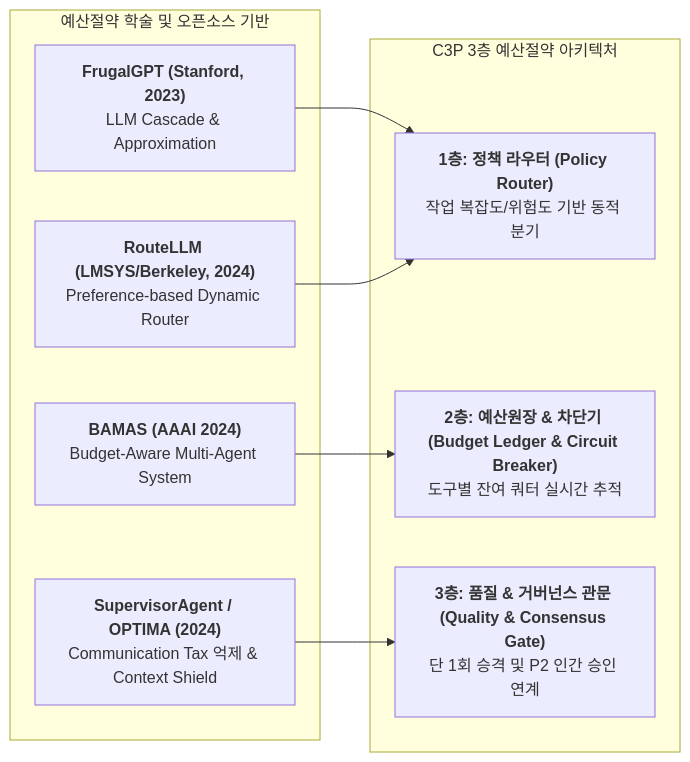
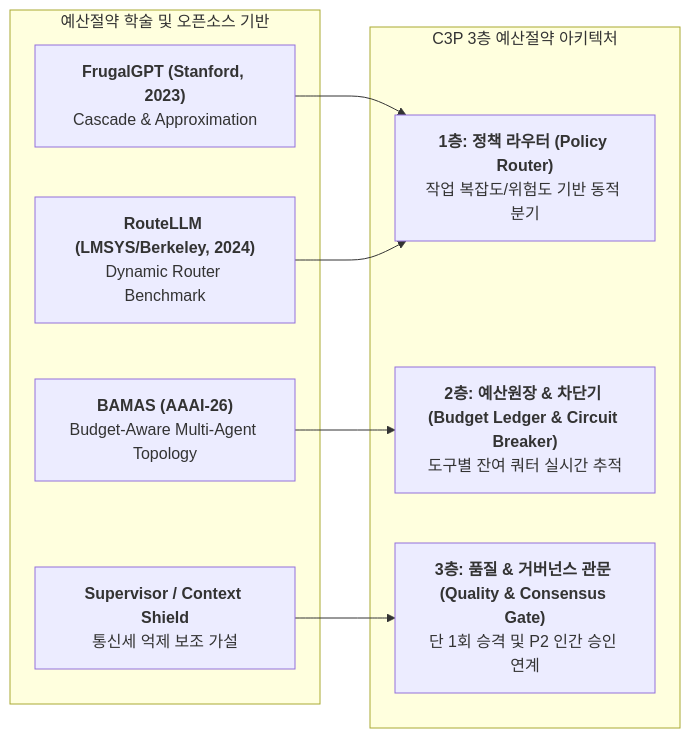
One commit to gyeomsVibe/260823_codex-3p-orchestrator changed the first of 2 diagrams in docs/56_C3P_예산절약_모드_및_Claude_Code_생명유지_통합명세서(c3p_budget_saving_spec).md. Above: the diagram before and after it, drawn with Mermaid. The commit also changed other lines of this file and 10 other files, not shown here.

````diff
--- a/docs/56_C3P_예산절약_모드_및_Claude_Code_생명유지_통합명세서(c3p_budget_saving_spec).md
+++ b/docs/56_C3P_예산절약_모드_및_Claude_Code_생명유지_통합명세서(c3p_budget_saving_spec).md
@@ -25,20 +25,20 @@
 ```mermaid
 graph LR
     subgraph Research Foundations [예산절약 학술 및 오픈소스 기반]
-        Frugal["<b>FrugalGPT (Stanford, 2023)</b><br>LLM Cascade & Approximation"]
-        Route["<b>RouteLLM (LMSYS/Berkeley, 2024)</b><br>Preference-based Dynamic Router"]
-        BAMAS["<b>BAMAS (AAAI 2024)</b><br>Budget-Aware Multi-Agent System"]
-        Supervisor["<b>SupervisorAgent / OPTIMA (2024)</b><br>Communication Tax 억제 & Context Shield"]
+        Frugal["<b>FrugalGPT (Stanford, 2023)</b><br>Cascade & Approximation"]
+        Route["<b>RouteLLM (LMSYS/Berkeley, 2024)</b><br>Dynamic Router Benchmark"]
+        BAMAS["<b>BAMAS (AAAI-26)</b><br>Budget-Aware Multi-Agent Topology"]
+        Supervisor["<b>Supervisor / Context Shield</b><br>통신세 억제 보조 가설"]
     end
     
     subgraph C3P 3-Tier Architecture [C3P 3층 예산절약 아키텍처]
         L1["<b>1층: 정책 라우터 (Policy Router)</b><br>작업 복잡도/위험도 기반 동적 분기"]
         L2["<b>2층: 예산원장 & 차단기 (Budget Ledger & Circuit Breaker)</b><br>도구별 잔여 쿼터 실시간 추적"]
         L3["<b>3층: 품질 & 거버넌스 관문 (Quality & Consensus Gate)</b><br>단 1회 승격 및 P2 인간 승인 연계"]
     end
     
     Frugal --> L1
     Route --> L1
     BAMAS --> L2
     Supervisor --> L3
 ```
````
